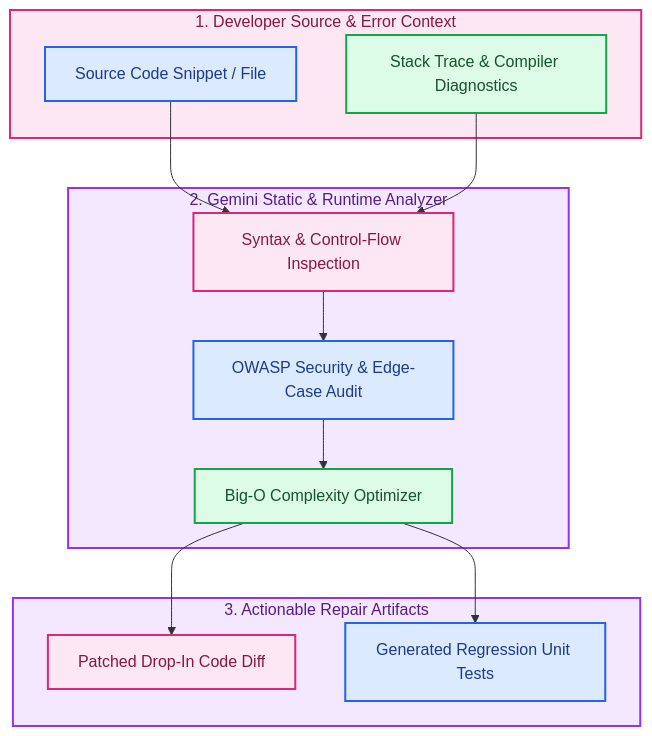
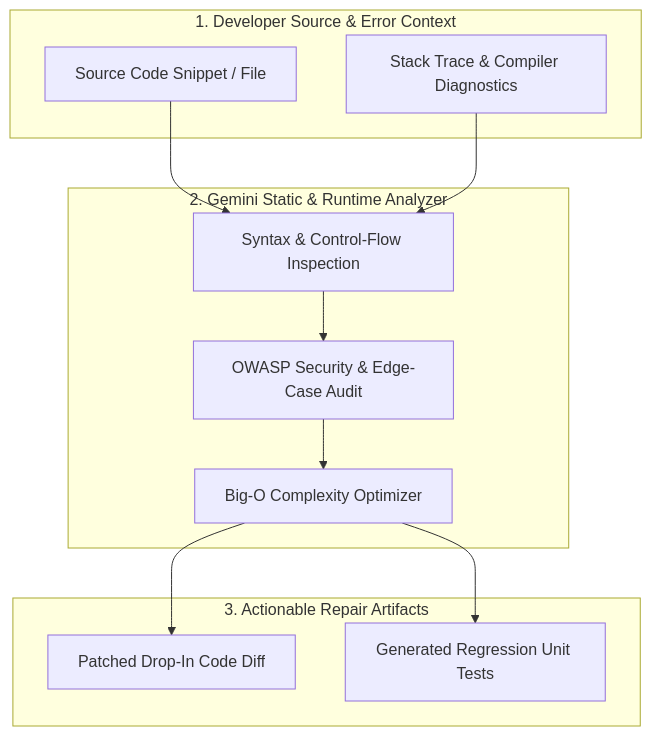
One commit to RobinaMirbahar/AI-CODE-DEBUGGER changed the diagram in README.md. Above: the diagram before and after it, drawn with Mermaid.

Commit message:
docs: revert Mermaid color overrides for crisp native GitHub rendering and consolidate header

````diff
--- a/README.md
+++ b/README.md
@@ -25,28 +25,18 @@
 ```mermaid
 flowchart TD
     subgraph Input ["1. Developer Source & Error Context"]
         I_Code["Source Code Snippet / File"]
         I_Err["Stack Trace & Compiler Diagnostics"]
     end
     subgraph Engine ["2. Gemini Static & Runtime Analyzer"]
         E_AST["Syntax & Control-Flow Inspection"]
         E_Sec["OWASP Security & Edge-Case Audit"]
         E_Opt["Big-O Complexity Optimizer"]
     end
     subgraph Output ["3. Actionable Repair Artifacts"]
         O_Patch["Patched Drop-In Code Diff"]
         O_Test["Generated Regression Unit Tests"]
     end
     I_Code & I_Err --> E_AST --> E_Sec --> E_Opt
     E_Opt --> O_Patch & O_Test
-    style Input fill:#fce7f3,stroke:#db2777,stroke-width:2px,color:#831843
-    style I_Code fill:#dbeafe,stroke:#2563eb,stroke-width:2px,color:#1e3a8a
-    style I_Err fill:#dcfce7,stroke:#16a34a,stroke-width:2px,color:#14532d
-    style Engine fill:#f3e8ff,stroke:#9333ea,stroke-width:2px,color:#581c87
-    style E_AST fill:#fce7f3,stroke:#db2777,stroke-width:2px,color:#831843
-    style E_Sec fill:#dbeafe,stroke:#2563eb,stroke-width:2px,color:#1e3a8a
-    style E_Opt fill:#dcfce7,stroke:#16a34a,stroke-width:2px,color:#14532d
-    style Output fill:#f3e8ff,stroke:#9333ea,stroke-width:2px,color:#581c87
-    style O_Patch fill:#fce7f3,stroke:#db2777,stroke-width:2px,color:#831843
-    style O_Test fill:#dbeafe,stroke:#2563eb,stroke-width:2px,color:#1e3a8a
 ```
````
